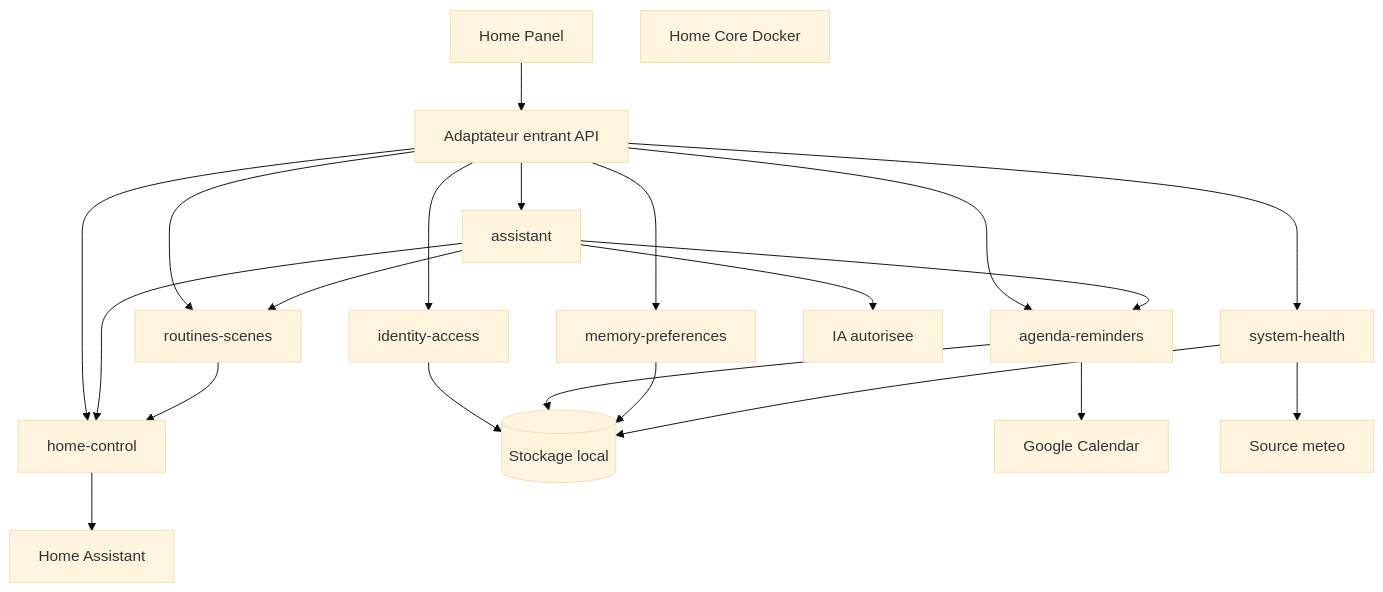
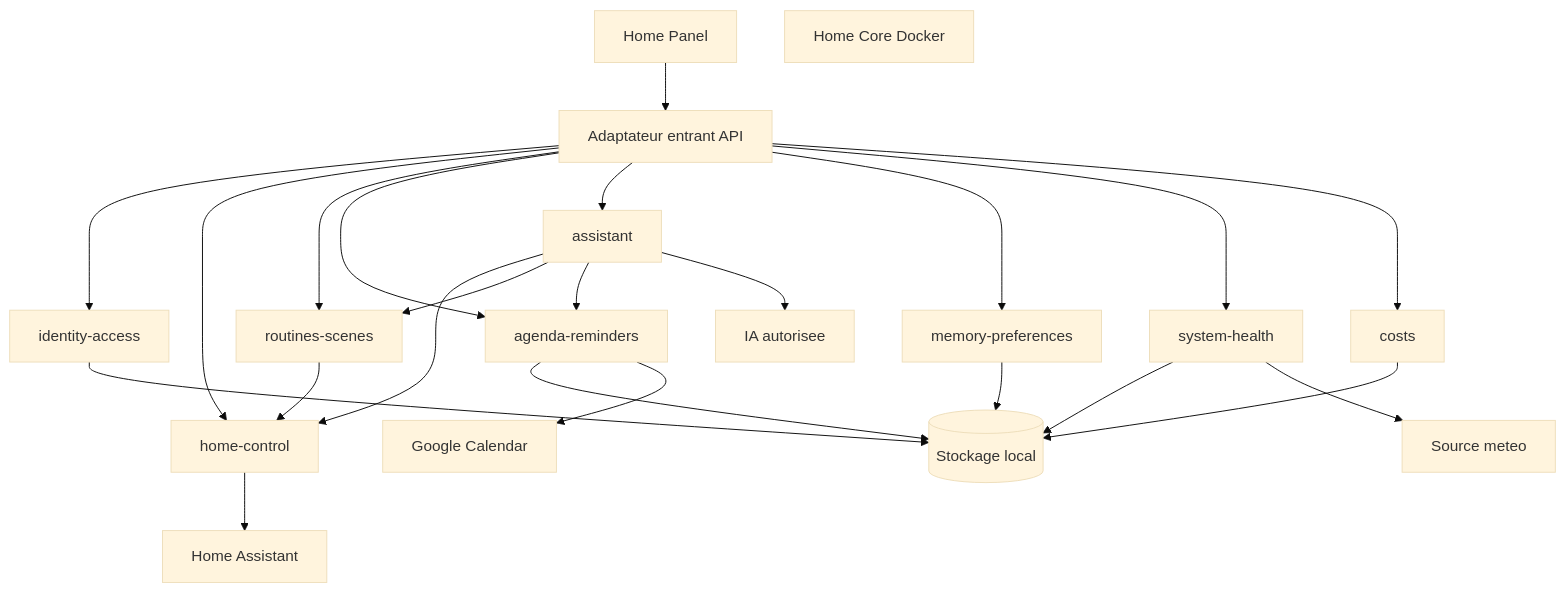
Before and after one commit to clementortiz134595/HOME-AI: the diagram in poles/technique/home-core/diagrammes/architecture-modulaire.mmd, drawn with Mermaid (base theme). The commit also changed 16 other files, not shown here.

```diff
--- a/poles/technique/home-core/diagrammes/architecture-modulaire.mmd
+++ b/poles/technique/home-core/diagrammes/architecture-modulaire.mmd
@@ -1,37 +1,40 @@
 flowchart TB
     panel[Home Panel]
     core[Home Core Docker]
     api[Adaptateur entrant API]
     auth[identity-access]
     controls[home-control]
     routines[routines-scenes]
     agenda[agenda-reminders]
     assistant[assistant]
     memory[memory-preferences]
     health[system-health]
+    costs[costs]
     storage[(Stockage local)]
     homeAssistant[Home Assistant]
     google[Google Calendar]
     ai[IA autorisee]
     weather[Source meteo]
 
     panel --> api
     api --> auth
     api --> controls
     api --> routines
     api --> agenda
     api --> assistant
     api --> memory
     api --> health
+    api --> costs
     assistant --> controls
     assistant --> routines
     assistant --> agenda
     routines --> controls
     auth --> storage
     agenda --> storage
     memory --> storage
     health --> storage
+    costs --> storage
     controls --> homeAssistant
     agenda --> google
     assistant --> ai
     health --> weather
```
